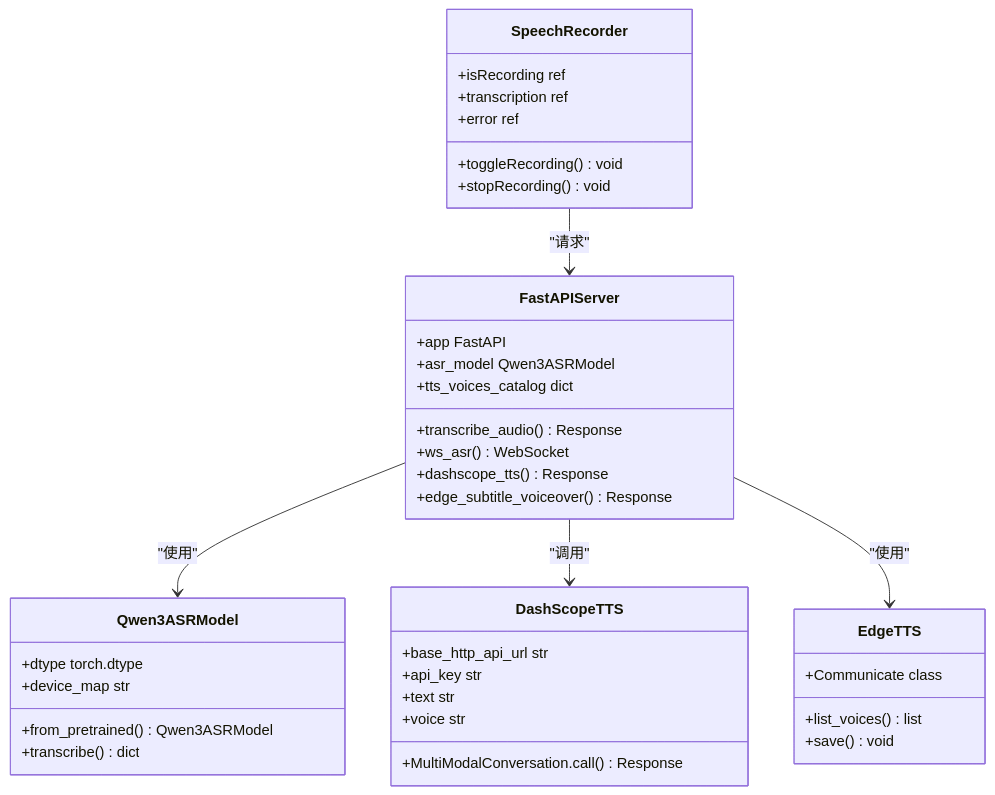
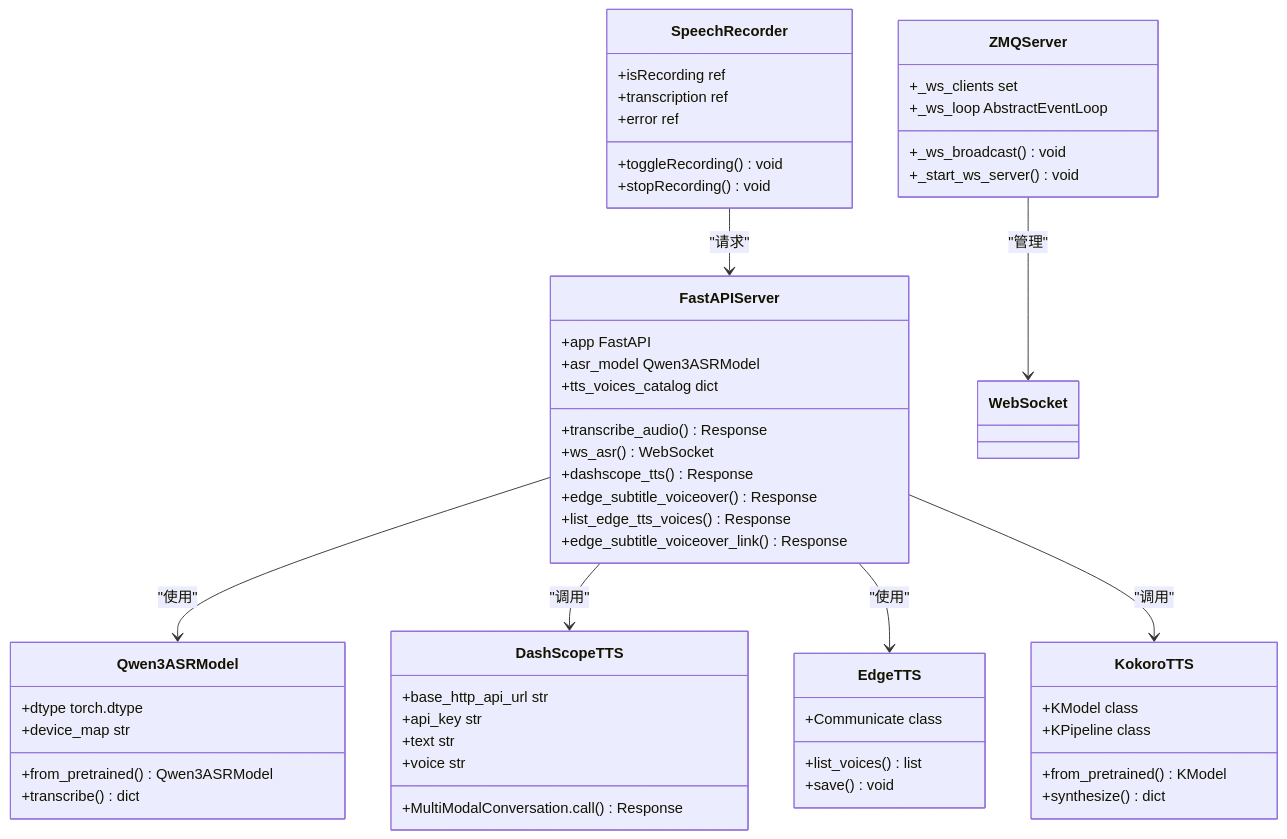
One commit to 1024dashen/Vue3Speech changed the second of 8 diagrams in .qoder/repowiki/zh/content/项目概述.md. Above: the diagram before and after it, drawn with Mermaid. The commit also changed other lines of this file and 6 other files, not shown here.

````diff
--- a/.qoder/repowiki/zh/content/项目概述.md
+++ b/.qoder/repowiki/zh/content/项目概述.md
@@ -117,41 +145,57 @@
 ```mermaid
 classDiagram
 class FastAPIServer {
 +app FastAPI
 +asr_model Qwen3ASRModel
 +tts_voices_catalog dict
 +transcribe_audio() Response
 +ws_asr() WebSocket
 +dashscope_tts() Response
 +edge_subtitle_voiceover() Response
++list_edge_tts_voices() Response
++edge_subtitle_voiceover_link() Response
 }
 class Qwen3ASRModel {
 +from_pretrained() Qwen3ASRModel
 +transcribe() dict
 +dtype torch.dtype
 +device_map str
 }
 class DashScopeTTS {
 +MultiModalConversation.call() Response
 +base_http_api_url str
 +api_key str
 +text str
 +voice str
 }
 class EdgeTTS {
 +Communicate class
 +list_voices() list
 +save() void
 }
+class KokoroTTS {
++KModel class
++KPipeline class
++from_pretrained() KModel
++synthesize() dict
+}
 class SpeechRecorder {
 +isRecording ref
 +transcription ref
 +error ref
 +toggleRecording() void
 +stopRecording() void
 }
+class ZMQServer {
++_ws_clients set
++_ws_loop AbstractEventLoop
++_ws_broadcast() void
++_start_ws_server() void
+}
 FastAPIServer --> Qwen3ASRModel : "使用"
 FastAPIServer --> DashScopeTTS : "调用"
 FastAPIServer --> EdgeTTS : "使用"
+FastAPIServer --> KokoroTTS : "调用"
 SpeechRecorder --> FastAPIServer : "请求"
+ZMQServer --> WebSocket : "管理"
 ```
````
